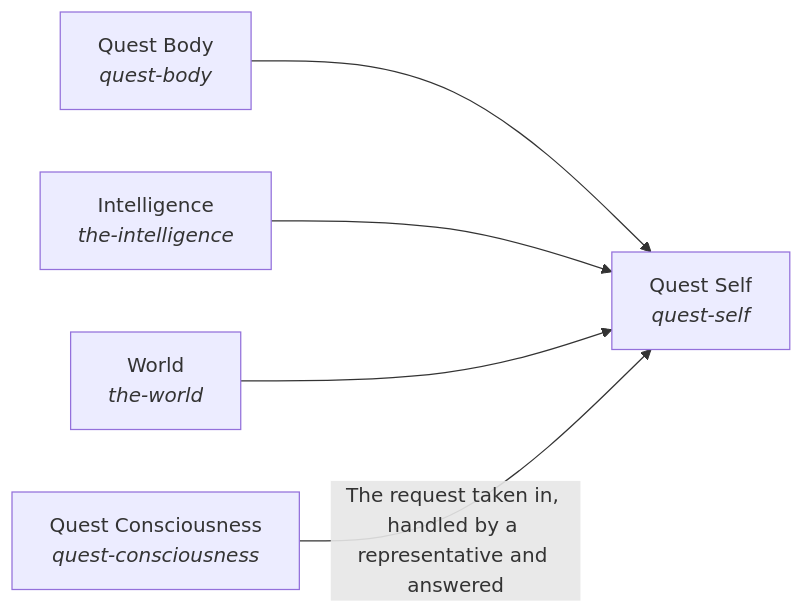
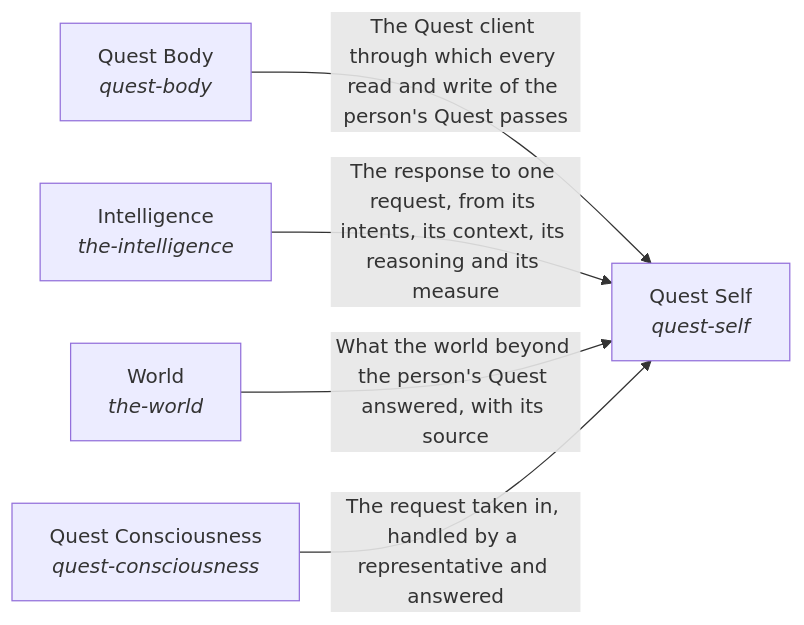
Before and after one commit to SpiritualData/quest-ai-runner: the diagram in esoi/README.md, drawn with Mermaid. The commit also changed other lines of this file and 52 other files, not shown here.

````diff
--- a/esoi/README.md
+++ b/esoi/README.md
@@ -17,12 +17,12 @@
 ```mermaid
 flowchart LR
     s0["Quest Self<br/><i>quest-self</i>"]
     s1["Quest Body<br/><i>quest-body</i>"]
     s2["Intelligence<br/><i>the-intelligence</i>"]
     s3["World<br/><i>the-world</i>"]
     s4["Quest Consciousness<br/><i>quest-consciousness</i>"]
-    s1 --> s0
-    s2 --> s0
-    s3 --> s0
+    s1 -->|"The Quest client through which every read and write of the person's Quest passes"| s0
+    s2 -->|"The response to one request, from its intents, its context, its reasoning and its measure"| s0
+    s3 -->|"What the world beyond the person's Quest answered, with its source"| s0
     s4 -->|"The request taken in, handled by a representative and answered"| s0
 ```
````
